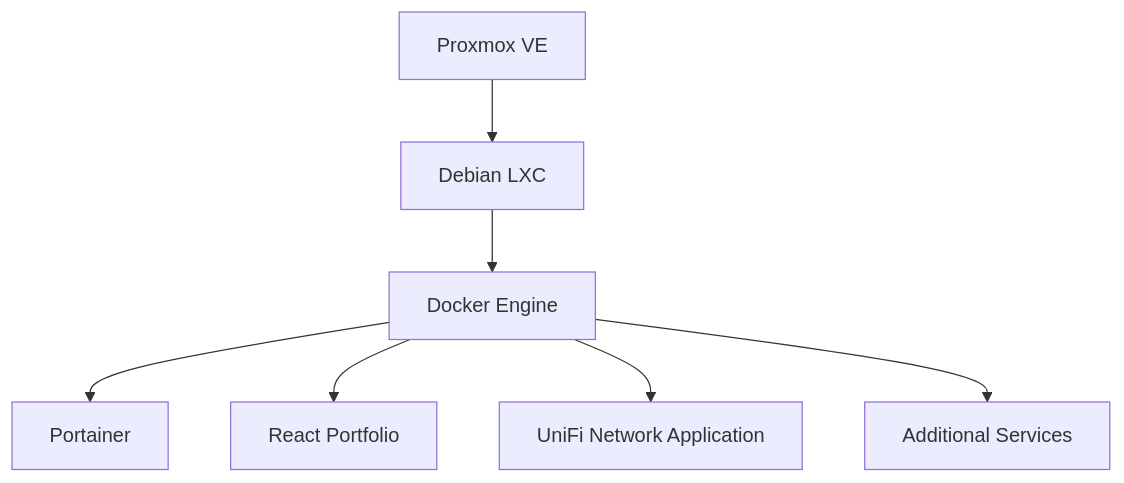
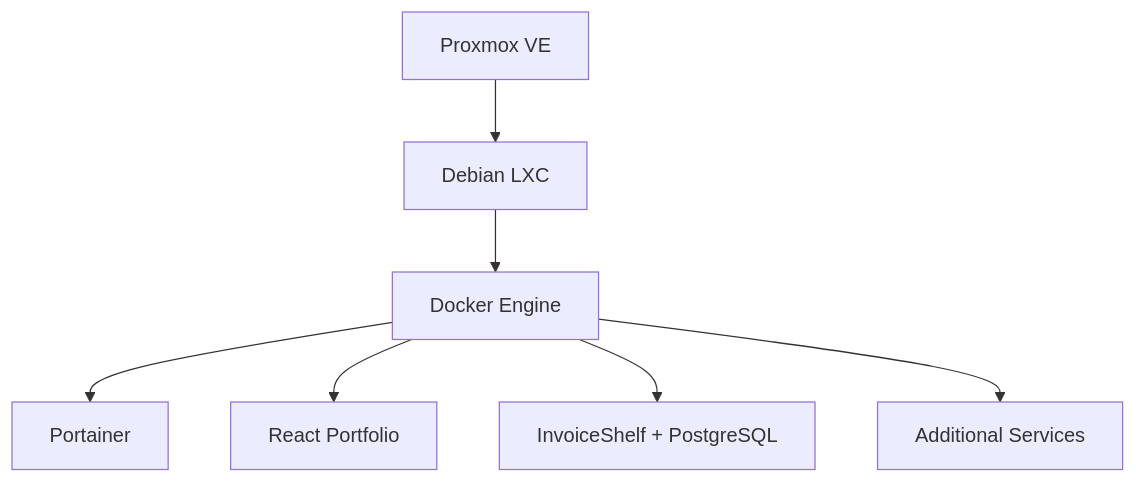
One commit to bugHunte3R/Docker-Portainer changed the diagram in diagrams/architecture-diagram.md. Above: the diagram before and after it, drawn with Mermaid. The commit also changed 8 other files, not shown here.

First line of the commit message:
docs: refresh README with banner, architecture diagram and accurate project details

````diff
--- a/diagrams/architecture-diagram.md
+++ b/diagrams/architecture-diagram.md
@@ -3,17 +3,17 @@
 ```mermaid
 flowchart TB
     Proxmox[Proxmox VE]
     LXC[Debian LXC]
     Docker[Docker Engine]
     Portainer[Portainer]
     Portfolio[React Portfolio]
-    UniFi[UniFi Network Application]
+    Invoice[InvoiceShelf + PostgreSQL]
     Other[Additional Services]
 
     Proxmox --> LXC
     LXC --> Docker
     Docker --> Portainer
     Docker --> Portfolio
-    Docker --> UniFi
+    Docker --> Invoice
     Docker --> Other
 ```
````
